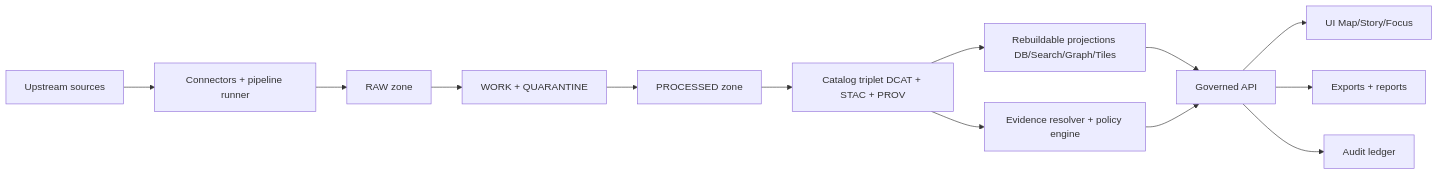
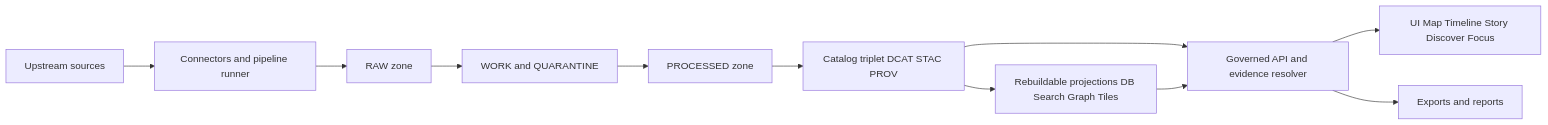
The first of 3 diagrams in README.md (bartytime4life/Kansas-Frontier-Matrix), drawn with Mermaid before and after one commit. The commit also changed other lines of this file, not shown here.

````diff
--- a/README.md
+++ b/README.md
@@ -111,15 +119,13 @@
-```mermaid
+~~~mermaid
 flowchart LR
-  A[Upstream sources] --> B[Connectors + pipeline runner]
+  A[Upstream sources] --> B[Connectors and pipeline runner]
   B --> C[RAW zone]
-  C --> D[WORK + QUARANTINE]
+  C --> D[WORK and QUARANTINE]
   D --> E[PROCESSED zone]
-  E --> F[Catalog triplet DCAT + STAC + PROV]
-  F --> G[Rebuildable projections DB/Search/Graph/Tiles]
-  F --> H[Evidence resolver + policy engine]
-  G --> I[Governed API]
-  H --> I
-  I --> J[UI Map/Story/Focus]
-  I --> K[Exports + reports]
-  I --> L[Audit ledger]
-```
+  E --> F[Catalog triplet DCAT STAC PROV]
+  F --> G[Rebuildable projections DB Search Graph Tiles]
+  F --> H[Governed API and evidence resolver]
+  G --> H
+  H --> I[UI Map Timeline Story Discover Focus]
+  H --> J[Exports and reports]
+~~~
````
